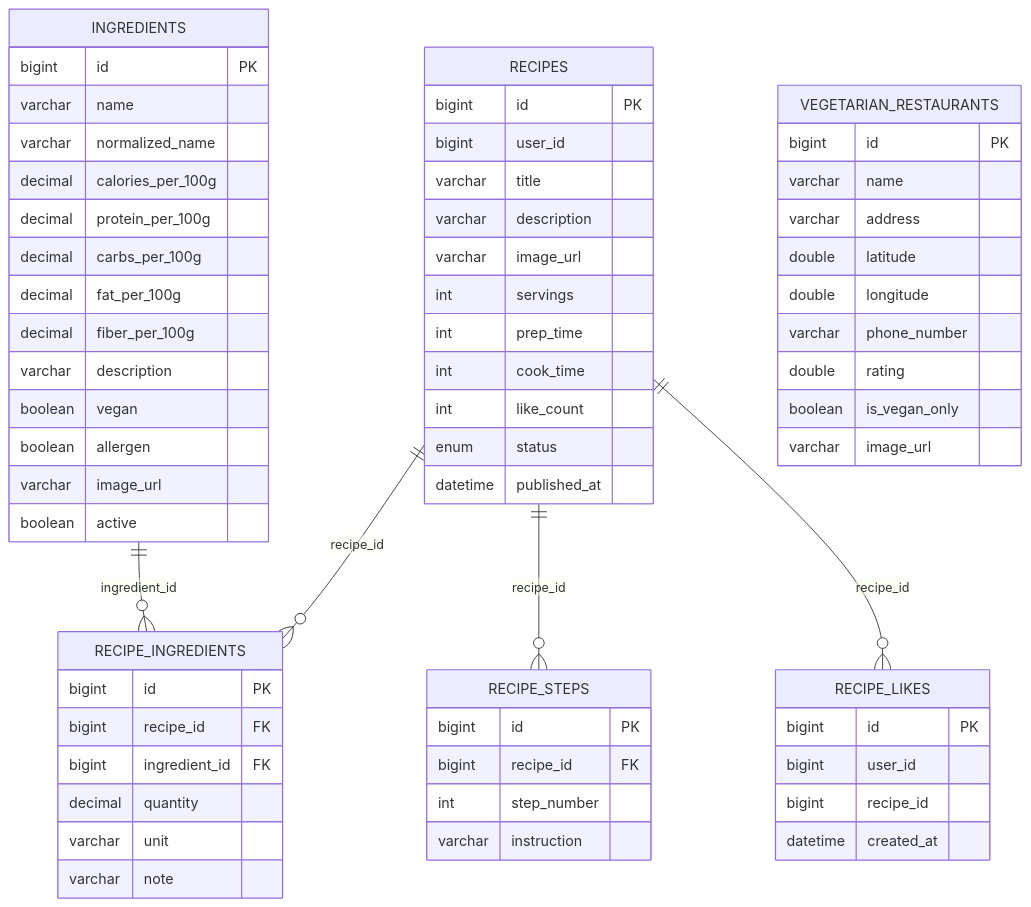
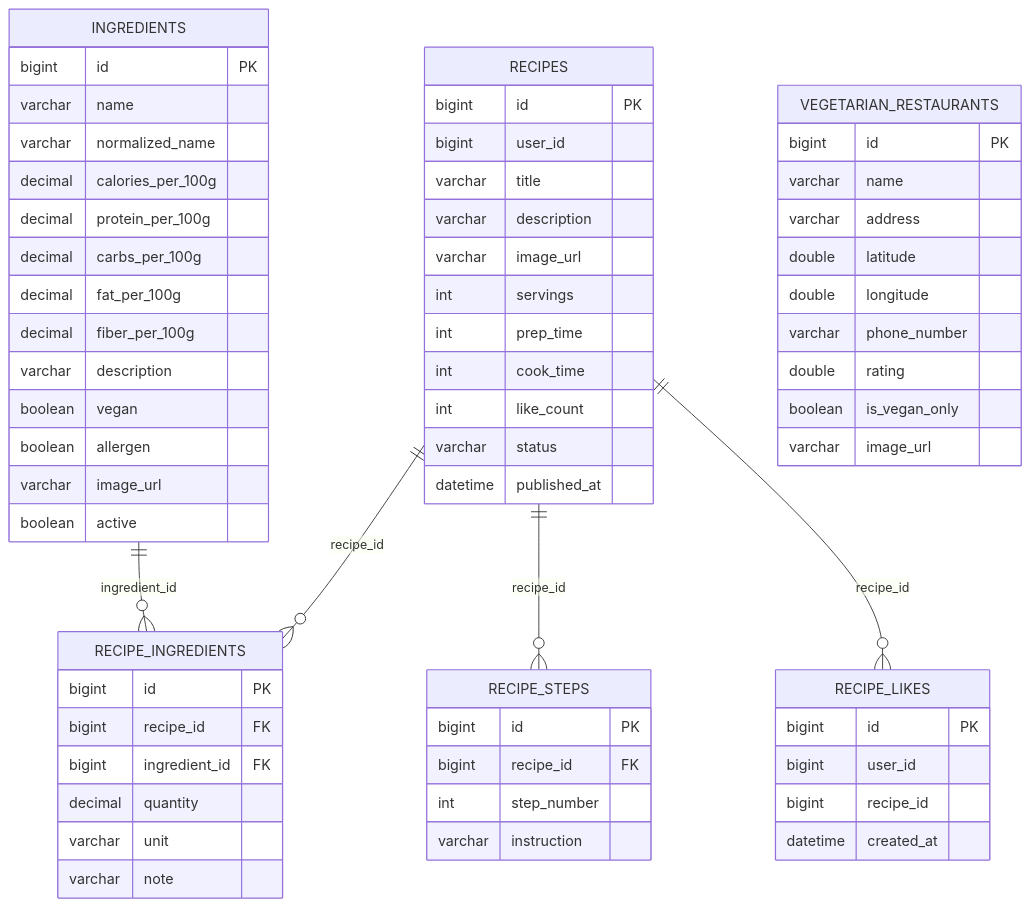
One commit to Phu0312/VeggiePal-Microservice changed the ninth of 19 diagrams in docs/PRM_CAPSTONE.md. Above: the diagram before and after it, drawn with Mermaid. The commit also changed other lines of this file and 64 other files, not shown here.

````diff
--- a/docs/PRM_CAPSTONE.md
+++ b/docs/PRM_CAPSTONE.md
@@ -689,66 +696,66 @@
 ```mermaid
 erDiagram
     RECIPES {
         bigint id PK
         bigint user_id
         varchar title
         varchar description
         varchar image_url
         int servings
         int prep_time
         int cook_time
         int like_count
-        enum status
+        varchar status
         datetime published_at
     }
     INGREDIENTS {
         bigint id PK
         varchar name
         varchar normalized_name
         decimal calories_per_100g
         decimal protein_per_100g
         decimal carbs_per_100g
         decimal fat_per_100g
         decimal fiber_per_100g
         varchar description
         boolean vegan
         boolean allergen
         varchar image_url
         boolean active
     }
     RECIPE_INGREDIENTS {
         bigint id PK
         bigint recipe_id FK
         bigint ingredient_id FK
         decimal quantity
         varchar unit
         varchar note
     }
     RECIPE_STEPS {
         bigint id PK
         bigint recipe_id FK
         int step_number
         varchar instruction
     }
     RECIPE_LIKES {
         bigint id PK
         bigint user_id
         bigint recipe_id
         datetime created_at
     }
     VEGETARIAN_RESTAURANTS {
         bigint id PK
         varchar name
         varchar address
         double latitude
         double longitude
         varchar phone_number
         double rating
         boolean is_vegan_only
         varchar image_url
     }
     RECIPES ||--o{ RECIPE_INGREDIENTS : "recipe_id"
     INGREDIENTS ||--o{ RECIPE_INGREDIENTS : "ingredient_id"
     RECIPES ||--o{ RECIPE_STEPS : "recipe_id"
     RECIPES ||--o{ RECIPE_LIKES : "recipe_id"
 ```
````
